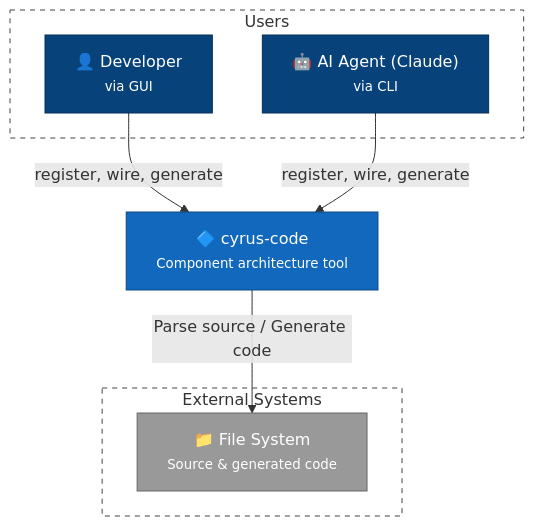
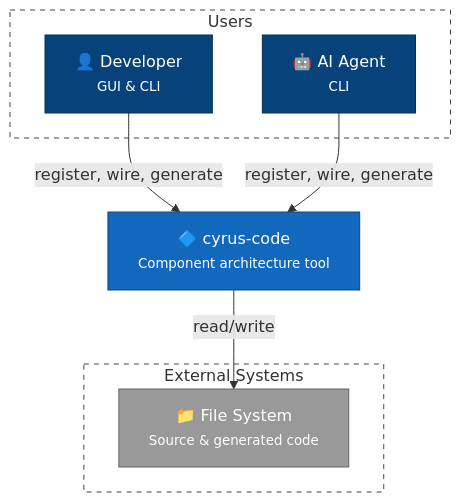
Before and after one commit to louipr/cyrus-code: the diagram in docs/c4/1-context.md, drawn with Mermaid. The commit also changed other lines of this file and 3 other files, not shown here.

First line of the commit message:
fix(c4): convert L3 Component diagram to flowchart TD for readability

````diff
--- a/docs/c4/1-context.md
+++ b/docs/c4/1-context.md
@@ -9,27 +9,27 @@
 ```mermaid
 flowchart TB
     subgraph users ["Users"]
-        dev["👤 Developer<br/><small>via GUI</small>"]
-        ai["🤖 AI Agent (Claude)<br/><small>via CLI</small>"]
+        dev["👤 Developer<br/><small>GUI & CLI</small>"]
+        ai["🤖 AI Agent<br/><small>CLI</small>"]
     end
 
     cyrus["🔷 cyrus-code<br/><small>Component architecture tool</small>"]
 
     subgraph external ["External Systems"]
         fs["📁 File System<br/><small>Source & generated code</small>"]
     end
 
     dev -->|"register, wire, generate"| cyrus
     ai -->|"register, wire, generate"| cyrus
-    cyrus -->|"Parse source / Generate code"| fs
+    cyrus -->|"read/write"| fs
 
     classDef person fill:#08427b,stroke:#052e56,color:#fff
     classDef system fill:#1168bd,stroke:#0b4884,color:#fff
     classDef external fill:#999999,stroke:#666666,color:#fff
     classDef boundary fill:transparent,stroke:#444,stroke-dasharray:5
 
     class dev,ai person
     class cyrus system
     class fs external
     class users,external boundary
 ```
````
